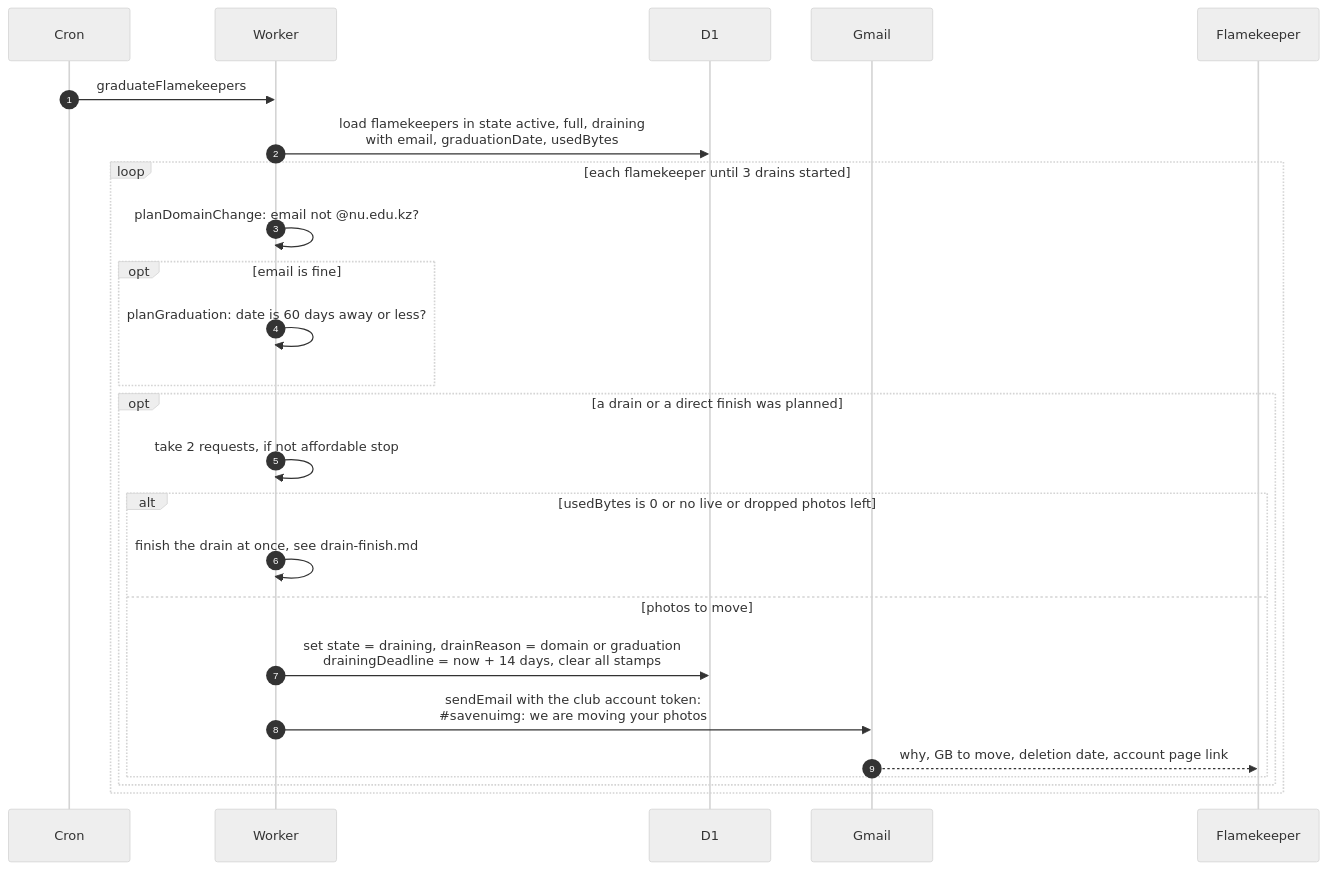
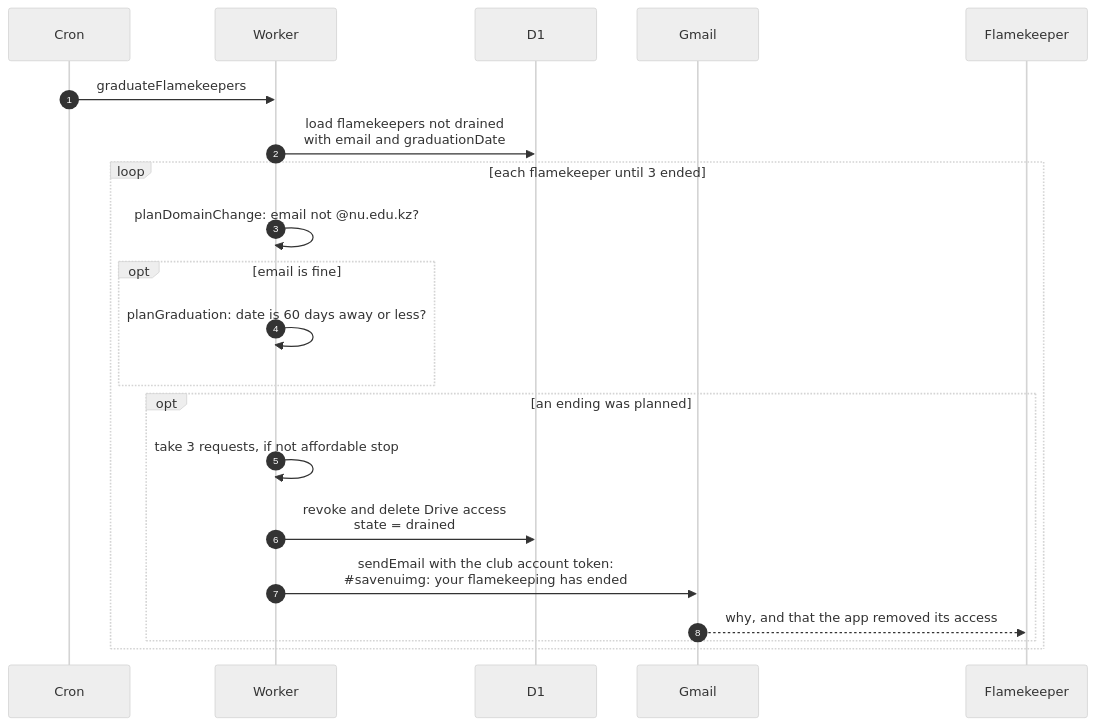
One commit to sagyzdop/meriksirat changed the diagram in docs/scenarios/cron/flamekeepers/graduation-trigger.md. Above: the diagram before and after it, drawn with Mermaid (neutral theme). The commit also changed other lines of this file and 74 other files, not shown here.

First line of the commit message:
feat(flamekeepers): retire placement, drain and relay code

````diff
--- a/docs/scenarios/cron/flamekeepers/graduation-trigger.md
+++ b/docs/scenarios/cron/flamekeepers/graduation-trigger.md
@@ -40,28 +32,24 @@
 ```mermaid
 sequenceDiagram
     autonumber
     participant Cron
     participant Worker
     participant D1
     participant Gmail
     participant Member as Flamekeeper
 
     Cron->>Worker: graduateFlamekeepers
-    Worker->>D1: load flamekeepers in state active, full, draining<br/>with email, graduationDate, usedBytes
-    loop each flamekeeper until 3 drains started
+    Worker->>D1: load flamekeepers not drained<br/>with email and graduationDate
+    loop each flamekeeper until 3 ended
         Worker->>Worker: planDomainChange: email not @nu.edu.kz?
         opt email is fine
             Worker->>Worker: planGraduation: date is 60 days away or less?
         end
-        opt a drain or a direct finish was planned
-            Worker->>Worker: take 2 requests, if not affordable stop
-            alt usedBytes is 0 or no live or dropped photos left
-                Worker->>Worker: finish the drain at once, see drain-finish.md
-            else photos to move
-                Worker->>D1: set state = draining, drainReason = domain or graduation<br/>drainingDeadline = now + 14 days, clear all stamps
-                Worker->>Gmail: sendEmail with the club account token:<br/>#35;savenuimg: we are moving your photos
-                Gmail-->>Member: why, GB to move, deletion date, account page link
-            end
+        opt an ending was planned
+            Worker->>Worker: take 3 requests, if not affordable stop
+            Worker->>D1: revoke and delete Drive access<br/>state = drained
+            Worker->>Gmail: sendEmail with the club account token:<br/>#35;savenuimg: your flamekeeping has ended
+            Gmail-->>Member: why, and that the app removed its access
         end
     end
 ```
````
